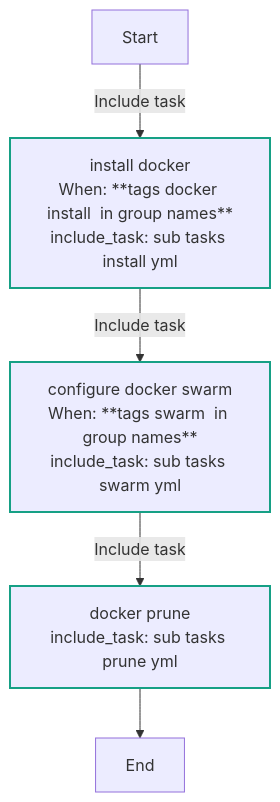
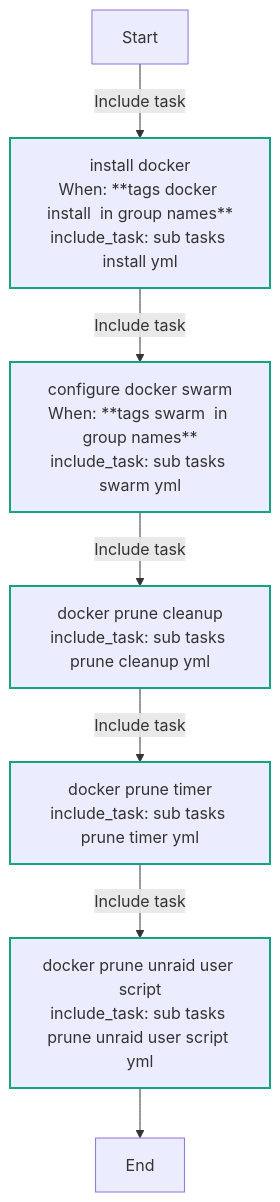
The first of 6 diagrams in ansible/roles/docker/README.md (Lebowski89/homelab), drawn with Mermaid before and after one commit. The commit also changed other lines of this file and 7 other files, not shown here.

Commit message:
feat(docker): add prune timer and Unraid user script tasks

````diff
--- a/ansible/roles/docker/README.md
+++ b/ansible/roles/docker/README.md
@@ -121,17 +171,19 @@
 ```mermaid
 flowchart TD
 Start
 classDef block stroke:#3498db,stroke-width:2px;
 classDef task stroke:#4b76bb,stroke-width:2px;
 classDef includeTasks stroke:#16a085,stroke-width:2px;
 classDef importTasks stroke:#34495e,stroke-width:2px;
 classDef includeRole stroke:#2980b9,stroke-width:2px;
 classDef importRole stroke:#699ba7,stroke-width:2px;
 classDef includeVars stroke:#8e44ad,stroke-width:2px;
 classDef rescue stroke:#665352,stroke-width:2px;
 
   Start-->|Include task| Install_Docker_sub_tasks_install_yml_0[install docker<br>When: **tags docker install  in group names**<br>include_task: sub tasks install yml]:::includeTasks
   Install_Docker_sub_tasks_install_yml_0-->|Include task| Configure_Docker_Swarm_sub_tasks_swarm_yml_1[configure docker swarm<br>When: **tags swarm  in group names**<br>include_task: sub tasks swarm yml]:::includeTasks
-  Configure_Docker_Swarm_sub_tasks_swarm_yml_1-->|Include task| Docker_Prune_sub_tasks_prune_yml_2[docker prune<br>include_task: sub tasks prune yml]:::includeTasks
-  Docker_Prune_sub_tasks_prune_yml_2-->End
+  Configure_Docker_Swarm_sub_tasks_swarm_yml_1-->|Include task| Docker_Prune_Cleanup_sub_tasks_prune_cleanup_yml_2[docker prune cleanup<br>include_task: sub tasks prune cleanup yml]:::includeTasks
+  Docker_Prune_Cleanup_sub_tasks_prune_cleanup_yml_2-->|Include task| Docker_Prune_Timer_sub_tasks_prune_timer_yml_3[docker prune timer<br>include_task: sub tasks prune timer yml]:::includeTasks
+  Docker_Prune_Timer_sub_tasks_prune_timer_yml_3-->|Include task| Docker_Prune_Unraid_User_Script_sub_tasks_prune_unraid_user_script_yml_4[docker prune unraid user script<br>include_task: sub tasks prune unraid user script yml]:::includeTasks
+  Docker_Prune_Unraid_User_Script_sub_tasks_prune_unraid_user_script_yml_4-->End
 ```
````
